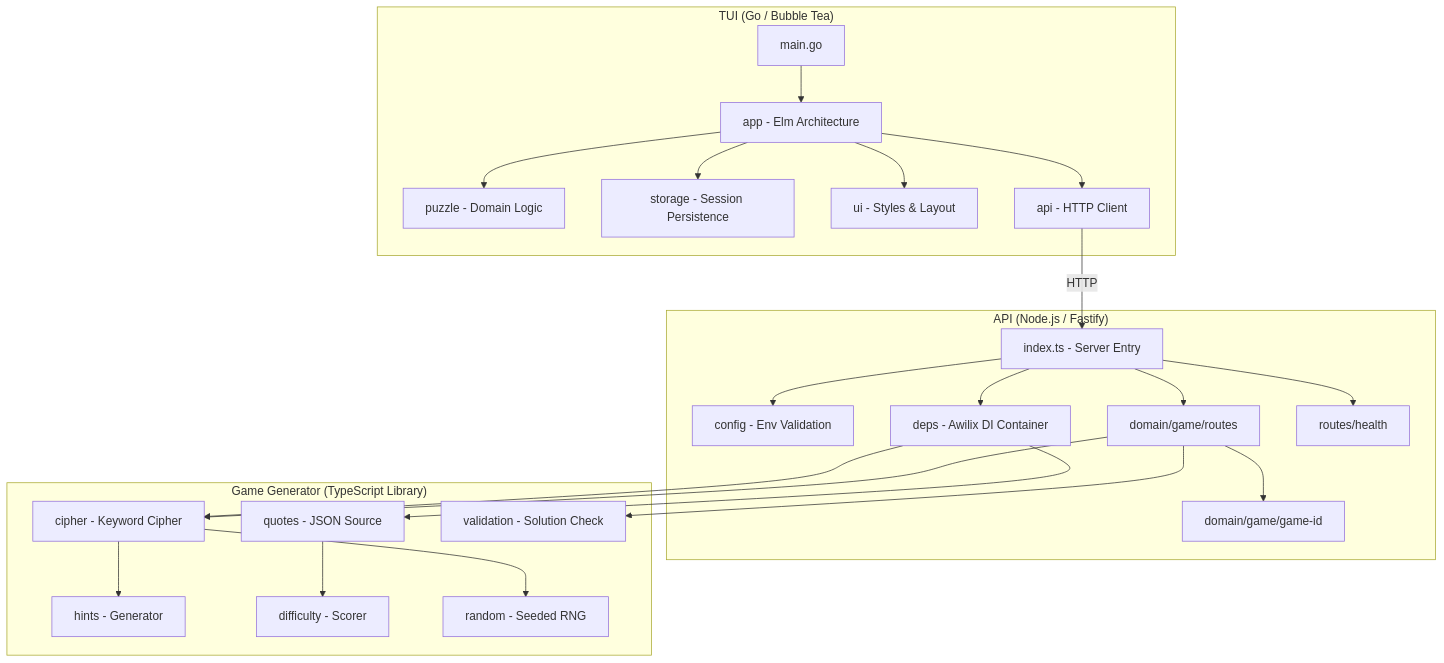
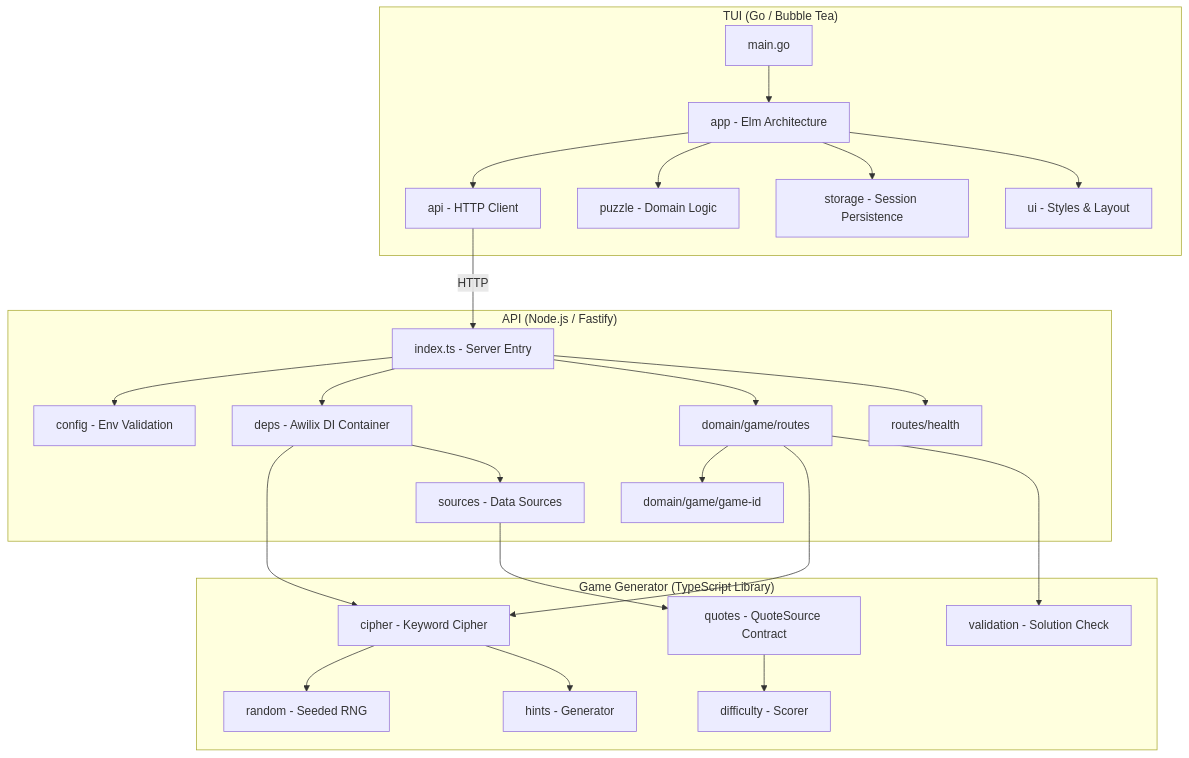
Before and after one commit to bojanrajkovic/unquote: the first of 4 diagrams in docs/CODEBASE_MAP.md, drawn with Mermaid. The commit also changed other lines of this file and 42 other files, not shown here.

First line of the commit message:
refactor(api): extract QuoteSource/KeywordSource contracts (#54)

````diff
--- a/docs/CODEBASE_MAP.md
+++ b/docs/CODEBASE_MAP.md
@@ -15,50 +15,52 @@
 ```mermaid
 graph TB
     subgraph TUI ["TUI (Go / Bubble Tea)"]
         Main[main.go]
         App[app - Elm Architecture]
         Puzzle[puzzle - Domain Logic]
         Storage[storage - Session Persistence]
         UI[ui - Styles & Layout]
         APIClient[api - HTTP Client]
     end
 
     subgraph API ["API (Node.js / Fastify)"]
         Server[index.ts - Server Entry]
         Config[config - Env Validation]
         DI[deps - Awilix DI Container]
         GameRoutes[domain/game/routes]
         GameID[domain/game/game-id]
         Health[routes/health]
+        Sources[sources - Data Sources]
     end
 
     subgraph GameGen ["Game Generator (TypeScript Library)"]
         Cipher[cipher - Keyword Cipher]
-        Quotes[quotes - JSON Source]
+        Quotes[quotes - QuoteSource Contract]
         Hints[hints - Generator]
         Difficulty[difficulty - Scorer]
         Validation[validation - Solution Check]
         Random[random - Seeded RNG]
     end
 
     Main --> App
     App --> APIClient
     App --> Puzzle
     App --> Storage
     App --> UI
     APIClient -->|HTTP| Server
 
     Server --> Config
     Server --> DI
     Server --> GameRoutes
     Server --> Health
     DI --> Cipher
-    DI --> Quotes
+    DI --> Sources
+    Sources --> Quotes
 
     GameRoutes --> GameID
     GameRoutes --> Cipher
     GameRoutes --> Validation
     Cipher --> Random
     Cipher --> Hints
     Quotes --> Difficulty
 ```
````
